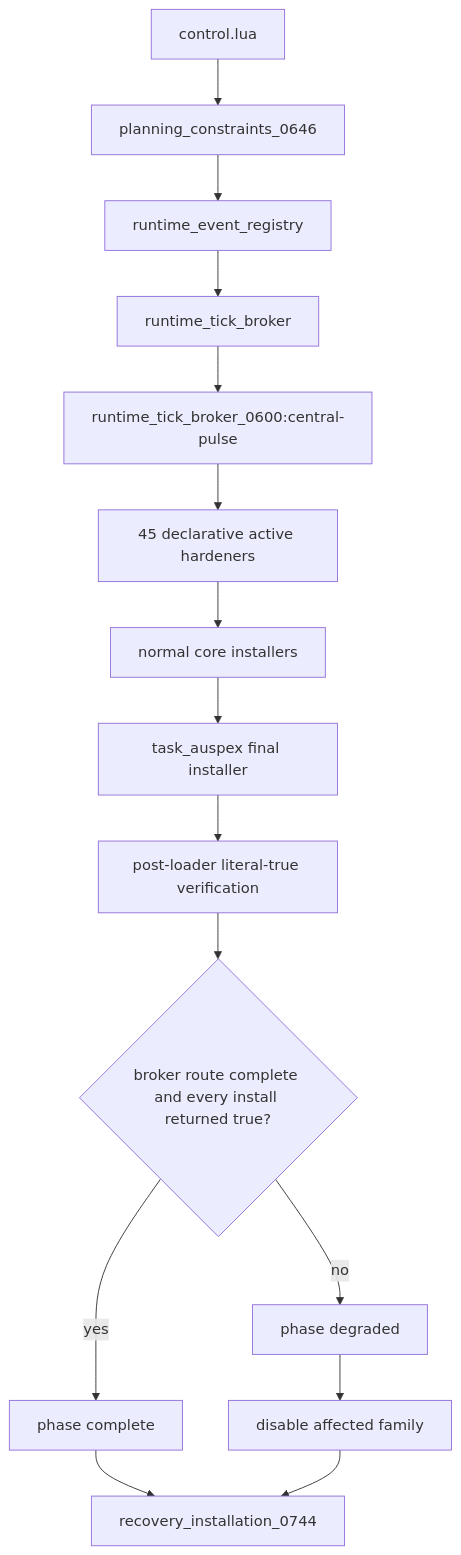
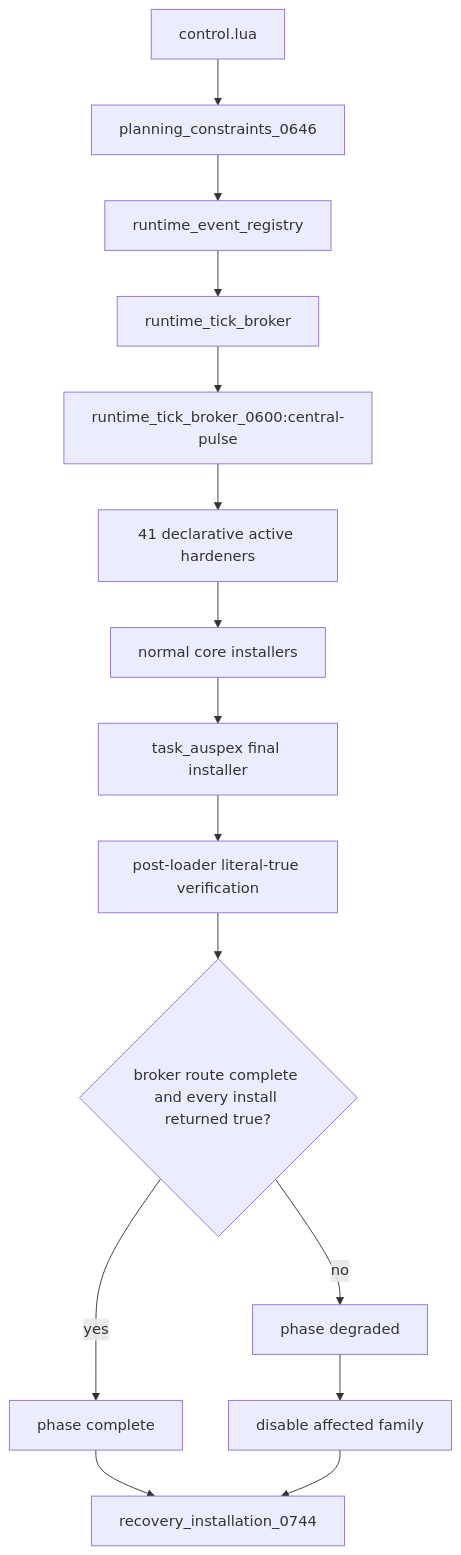
One commit to mrcalzon02/Tech-Priests changed the second of 12 diagrams in docs/RECOVERY_AUTHORITY_MAP_CURRENT.md. Above: the diagram before and after it, drawn with Mermaid. The commit also changed other lines of this file, not shown here.

````diff
--- a/docs/RECOVERY_AUTHORITY_MAP_CURRENT.md
+++ b/docs/RECOVERY_AUTHORITY_MAP_CURRENT.md
@@ -27,21 +27,21 @@
 ```mermaid
 flowchart TD
     Control[control.lua]
     Planning[planning_constraints_0646]
     Registry[runtime_event_registry]
     Broker[runtime_tick_broker]
     Route[runtime_tick_broker_0600:central-pulse]
-    Active[45 declarative active hardeners]
+    Active[41 declarative active hardeners]
     Core[normal core installers]
     Final[task_auspex final installer]
     Verify[post-loader literal-true verification]
     Complete{broker route complete and every install returned true?}
     Ready[phase complete]
     Degraded[phase degraded]
     Disable[disable affected family]
     Ledger[recovery_installation_0744]
 
     Control --> Planning --> Registry --> Broker --> Route --> Active --> Core --> Final --> Verify --> Complete
     Complete -- yes --> Ready --> Ledger
     Complete -- no --> Degraded --> Disable --> Ledger
 ```
````
